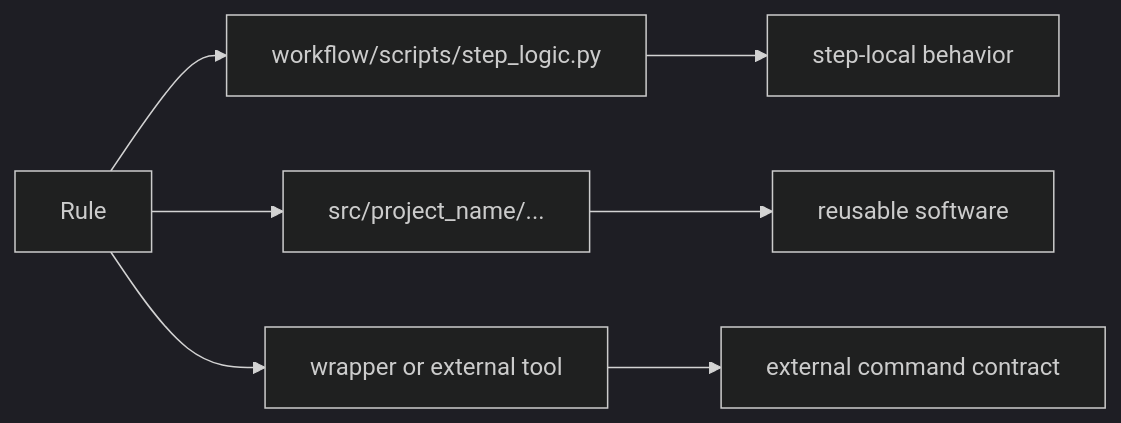
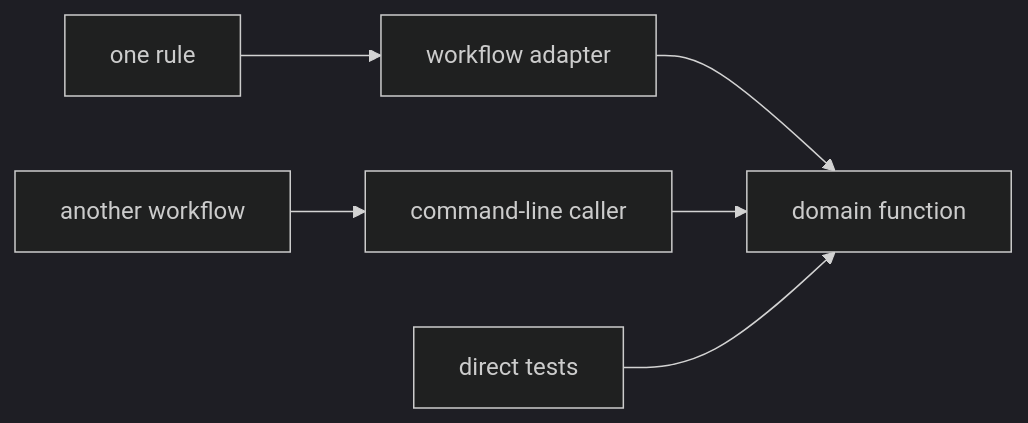
The first of 2 diagrams in programs/reproducible-research/deep-dive-snakemake/course-book/module-05-software-boundaries-reproducible-rules/helper-code-packages-and-reusable-boundaries.md (bijux/bijux-masterclass), drawn with Mermaid (dark theme) before and after one commit. The commit also changed other lines of this file, not shown here.

Commit message:
docs(snakemake): separate adapters from reusable software

````diff
--- a/programs/reproducible-research/deep-dive-snakemake/course-book/module-05-software-boundaries-reproducible-rules/helper-code-packages-and-reusable-boundaries.md
+++ b/programs/reproducible-research/deep-dive-snakemake/course-book/module-05-software-boundaries-reproducible-rules/helper-code-packages-and-reusable-boundaries.md
@@ -94,9 +25,8 @@
 ```mermaid
 flowchart LR
-  rule["Rule"] --> script["workflow/scripts/step_logic.py"]
-  rule --> package["src/project_name/..."]
-  rule --> wrapper["wrapper or external tool"]
-  script --> local["step-local behavior"]
-  package --> reusable["reusable software"]
-  wrapper --> external["external command contract"]
+  rule["one rule"] --> script["workflow adapter"]
+  script --> function["domain function"]
+  cli["command-line caller"] --> function
+  tests["direct tests"] --> function
+  other["another workflow"] --> cli
 ```
````
